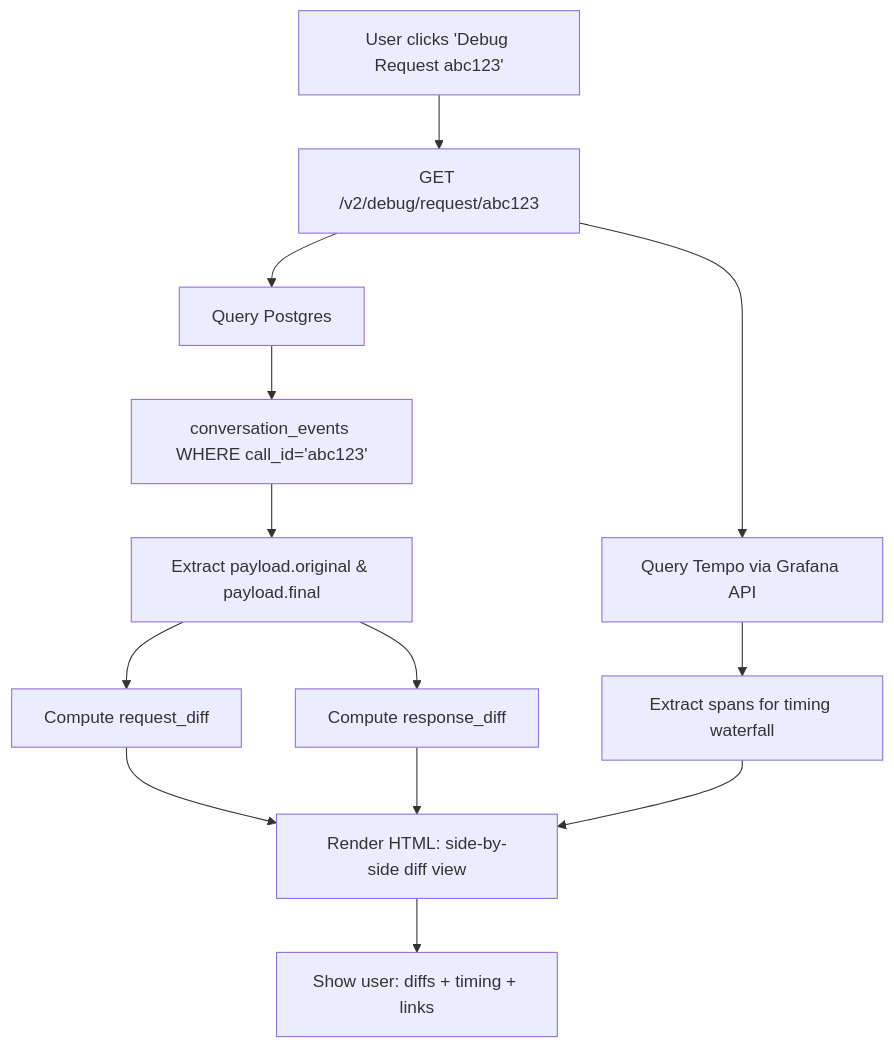
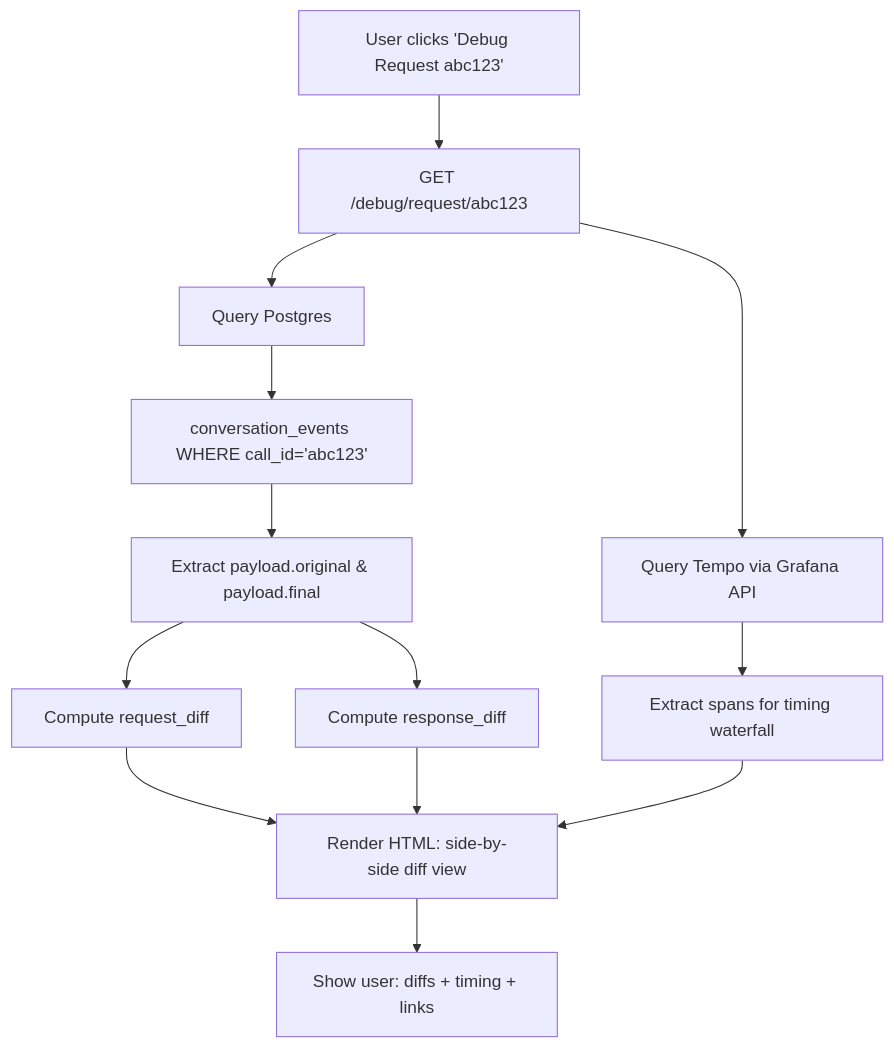
The third of 3 diagrams in dev/archive/observability-v2-implementation-plan.md (LuthienResearch/luthien-proxy), drawn with Mermaid before and after one commit. The commit also changed other lines of this file and 206 other files, not shown here.

First line of the commit message:
feat: remove v2 concept and consolidate architecture

````diff
--- a/dev/archive/observability-v2-implementation-plan.md
+++ b/dev/archive/observability-v2-implementation-plan.md
@@ -93,19 +93,19 @@
 ```mermaid
 graph TB
-    A[User clicks 'Debug Request abc123'] --> B[GET /v2/debug/request/abc123]
+    A[User clicks 'Debug Request abc123'] --> B[GET /debug/request/abc123]
     B --> C[Query Postgres]
     B --> D[Query Tempo via Grafana API]
 
     C --> E[conversation_events WHERE call_id='abc123']
     E --> F[Extract payload.original & payload.final]
     F --> G[Compute request_diff]
     F --> H[Compute response_diff]
 
     D --> I[Extract spans for timing waterfall]
 
     G --> J[Render HTML: side-by-side diff view]
     H --> J
     I --> J
 
     J --> K[Show user: diffs + timing + links]
 ```
````
